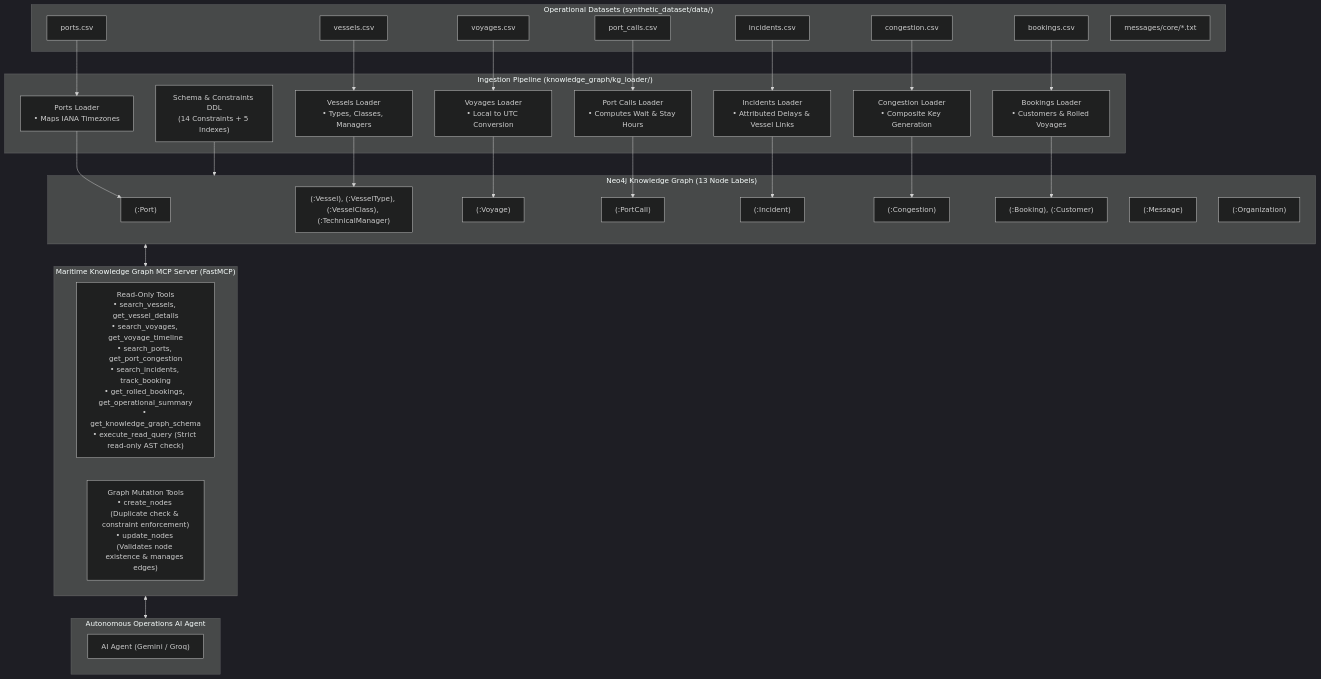
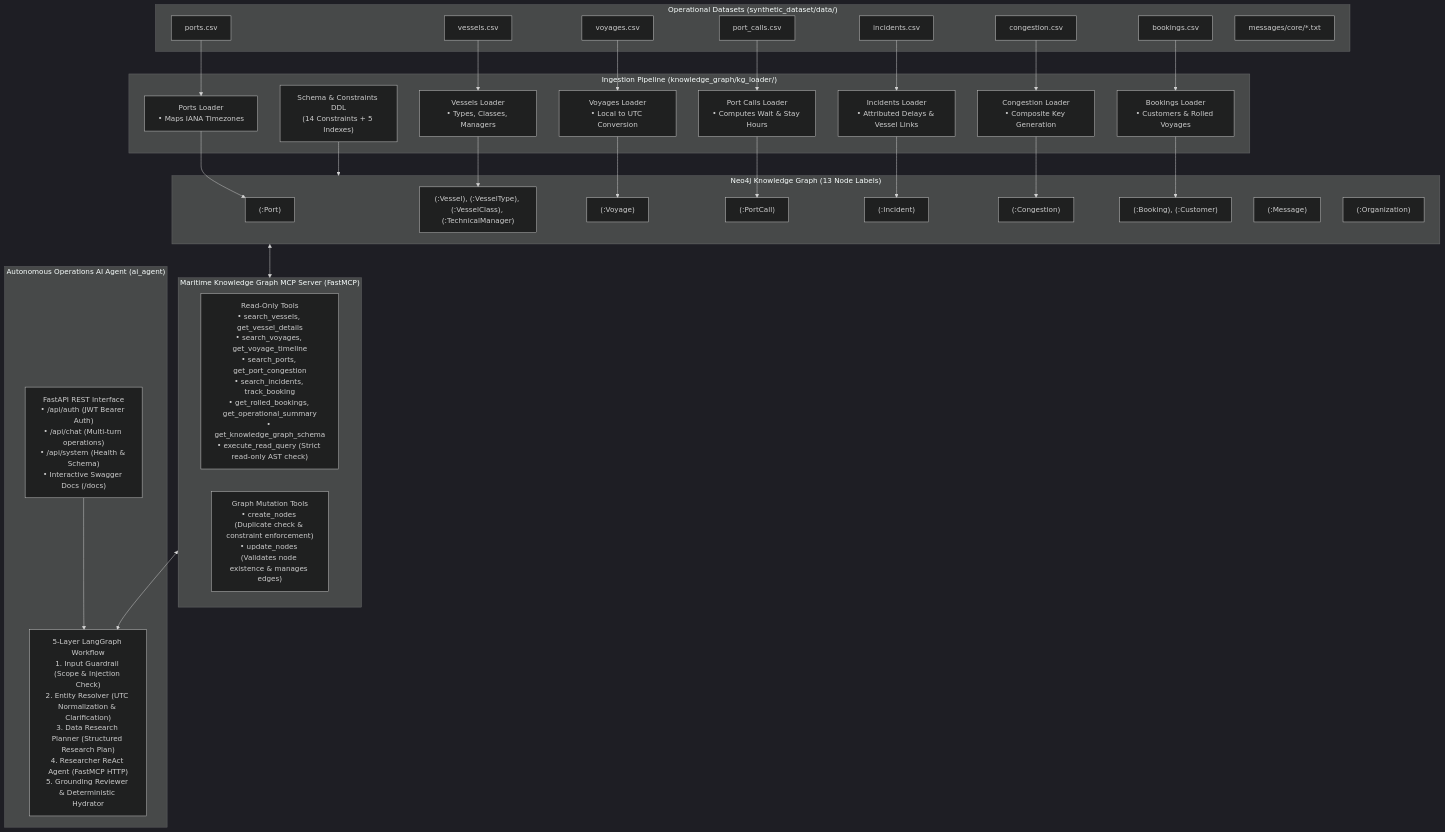
The first of 3 diagrams in README.md (Gokul-panneerselvam/maritime-assistant), drawn with Mermaid (dark theme) before and after one commit. The commit also changed other lines of this file and 56 other files, not shown here.

Commit message:
feat(ai-agent): implement 5-layer LangGraph maritime operations agent with epistemic grounding, FastMCP integration, and OpenAPI docs

````diff
--- a/README.md
+++ b/README.md
@@ -11,57 +11,61 @@
 ```mermaid
 flowchart TD
     subgraph DataSources["Operational Datasets (synthetic_dataset/data/)"]
         P["ports.csv"]
         V["vessels.csv"]
         Voy["voyages.csv"]
         PC["port_calls.csv"]
         Inc["incidents.csv"]
         Cg["congestion.csv"]
         Bk["bookings.csv"]
         Msg["messages/core/*.txt"]
     end
 
     subgraph Pipeline["Ingestion Pipeline (knowledge_graph/kg_loader/)"]
         Sch["Schema & Constraints DDL<br/>(14 Constraints + 5 Indexes)"]
         PLoad["Ports Loader<br/>• Maps IANA Timezones"]
         VLoad["Vessels Loader<br/>• Types, Classes, Managers"]
         VoyLoad["Voyages Loader<br/>• Local to UTC Conversion"]
         PCLoad["Port Calls Loader<br/>• Computes Wait & Stay Hours"]
         IncLoad["Incidents Loader<br/>• Attributed Delays & Vessel Links"]
         CgLoad["Congestion Loader<br/>• Composite Key Generation"]
         BkLoad["Bookings Loader<br/>• Customers & Rolled Voyages"]
     end
 
     subgraph Neo4j["Neo4j Knowledge Graph (13 Node Labels)"]
         NodePort["(:Port)"]
         NodeVessel["(:Vessel), (:VesselType), (:VesselClass), (:TechnicalManager)"]
         NodeVoyage["(:Voyage)"]
         NodePC["(:PortCall)"]
         NodeInc["(:Incident)"]
         NodeCg["(:Congestion)"]
         NodeBk["(:Booking), (:Customer)"]
         NodeMsg["(:Message)"]
         NodeOrg["(:Organization)"]
     end
 
     subgraph MCPServer["Maritime Knowledge Graph MCP Server (FastMCP)"]
         ReadTools["Read-Only Tools<br/>• search_vessels, get_vessel_details<br/>• search_voyages, get_voyage_timeline<br/>• search_ports, get_port_congestion<br/>• search_incidents, track_booking<br/>• get_rolled_bookings, get_operational_summary<br/>• get_knowledge_graph_schema<br/>• execute_read_query (Strict read-only AST check)"]
         MutationTools["Graph Mutation Tools<br/>• create_nodes (Duplicate check & constraint enforcement)<br/>• update_nodes (Validates node existence & manages edges)"]
     end
 
-    subgraph Agent["Autonomous Operations AI Agent"]
-        LLM["AI Agent (Gemini / Groq)"]
+    subgraph Agent["Autonomous Operations AI Agent (ai_agent)"]
+        API["FastAPI REST Interface<br/>• /api/auth (JWT Bearer Auth)<br/>• /api/chat (Multi-turn operations)<br/>• /api/system (Health & Schema)<br/>• Interactive Swagger Docs (/docs)"]
+        
+        LG["5-Layer LangGraph Workflow<br/>1. Input Guardrail (Scope & Injection Check)<br/>2. Entity Resolver (UTC Normalization & Clarification)<br/>3. Data Research Planner (Structured Research Plan)<br/>4. Researcher ReAct Agent (FastMCP HTTP)<br/>5. Grounding Reviewer & Deterministic Hydrator"]
+        
+        API --> LG
     end
 
     Sch --> Neo4j
     P --> PLoad --> NodePort
     V --> VLoad --> NodeVessel
     Voy --> VoyLoad --> NodeVoyage
     PC --> PCLoad --> NodePC
     Inc --> IncLoad --> NodeInc
     Cg --> CgLoad --> NodeCg
     Bk --> BkLoad --> NodeBk
 
     Neo4j <--> MCPServer
-    MCPServer <--> Agent
+    MCPServer <--> LG
 ```
````
